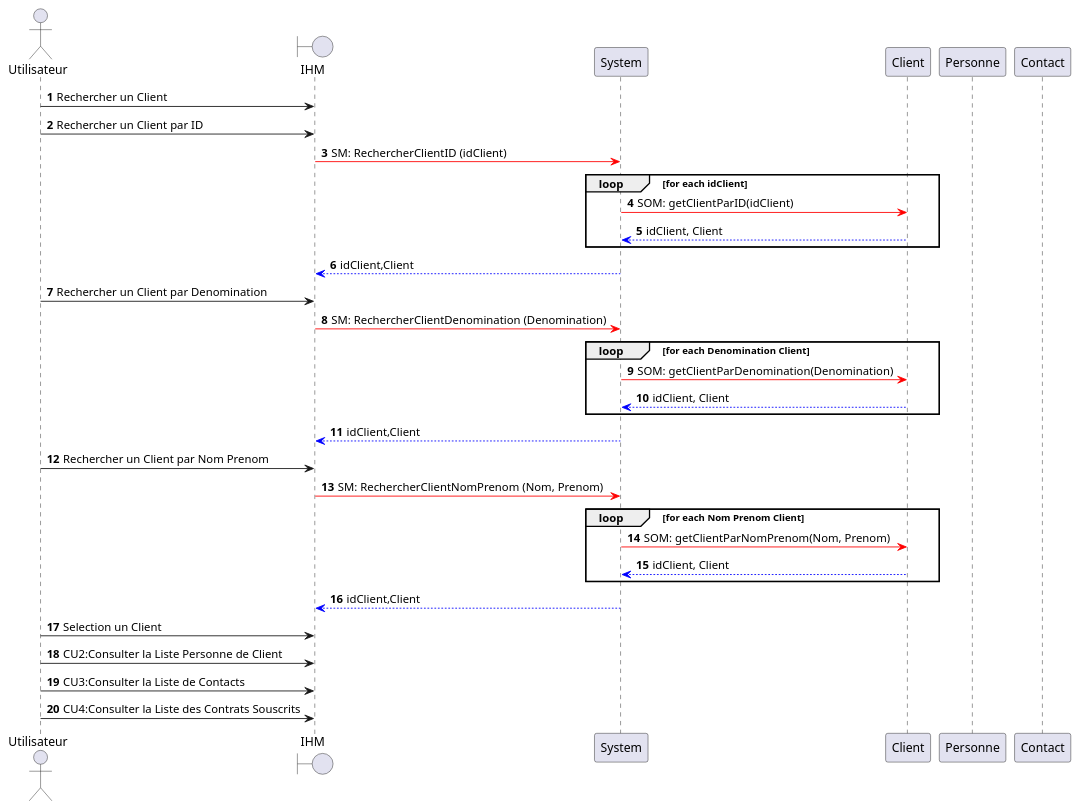
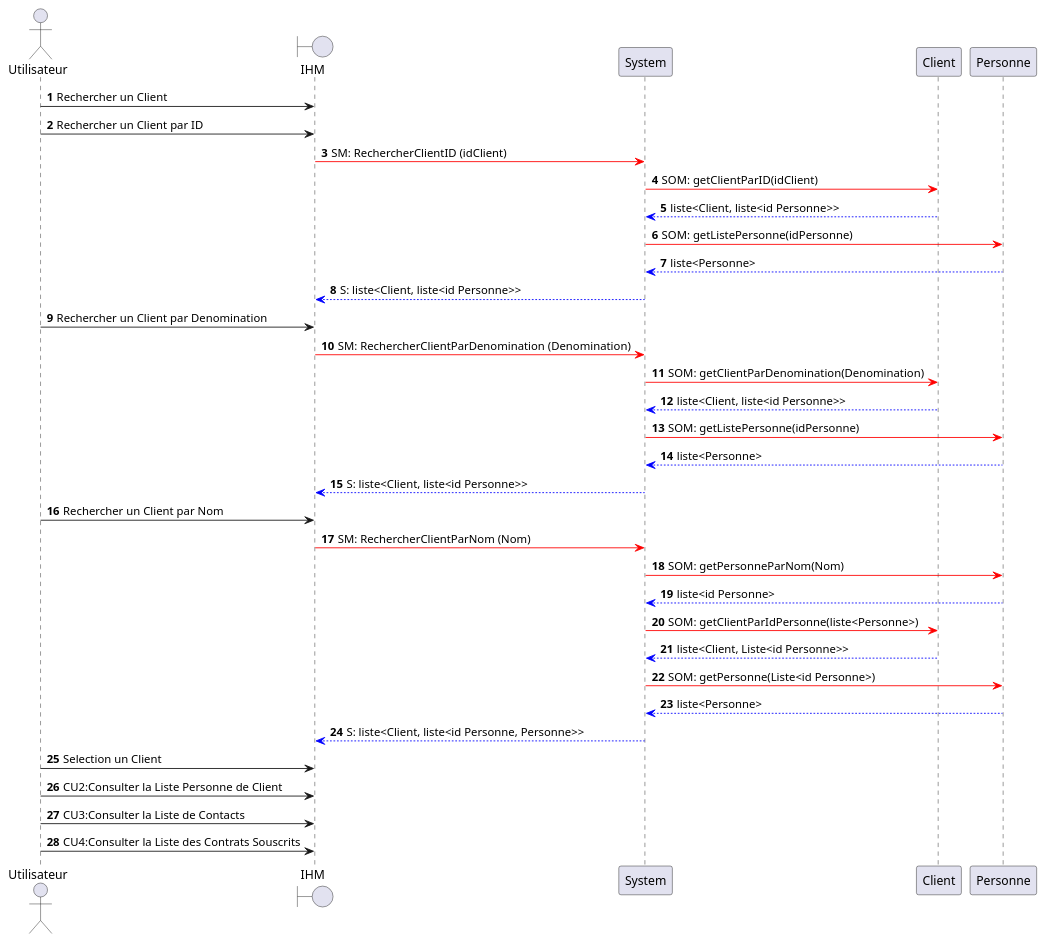
One commit to HZjiadong/PLD-MARS changed the diagram in src/documentation/CU1-DSD.puml. Above: the diagram before and after it, drawn with PlantUML.

Commit message:
update(CU1): DSD plus detaille

```diff
--- a/src/documentation/CU1-DSD.puml
+++ b/src/documentation/CU1-DSD.puml
@@ -1,43 +1,49 @@
 @startuml
 actor Utilisateur as U
 boundary IHM as I
 participant System as S
 participant Client as C
 participant Personne as P
-participant Contact as Con
+
 autonumber
 
 U->I: Rechercher un Client
 
 U->I: Rechercher un Client par ID
     I-[#red]>S: SM: RechercherClientID (idClient)
-        loop for each idClient
         S-[#red]>C: SOM: getClientParID(idClient)
-        C-[#0000FF]->S: idClient, Client
-        end
-    S-[#0000FF]->I: idClient,Client
+        C-[#0000FF]->S: liste<Client, liste<id Personne>>
+
+        S-[#red]>P: SOM: getListePersonne(idPersonne)
+        P-[#0000FF]->S: liste<Personne>
+    S-[#0000FF]->I: S: liste<Client, liste<id Personne>>
 
 U->I: Rechercher un Client par Denomination
-    I-[#red]>S: SM: RechercherClientDenomination (Denomination)
-        loop for each Denomination Client
-        S-[#red]>C: SOM: getClientParDenomination(Denomination)
-        C-[#0000FF]->S: idClient, Client
-        end
-    S-[#0000FF]->I: idClient,Client
+    I-[#red]>S: SM: RechercherClientParDenomination (Denomination)
+         S-[#red]>C: SOM: getClientParDenomination(Denomination)
+         C-[#0000FF]->S: liste<Client, liste<id Personne>>
 
-U->I: Rechercher un Client par Nom Prenom
-    I-[#red]>S: SM: RechercherClientNomPrenom (Nom, Prenom)
-        loop for each Nom Prenom Client
-        S-[#red]>C: SOM: getClientParNomPrenom(Nom, Prenom)
-        C-[#0000FF]->S: idClient, Client
-        end
-    S-[#0000FF]->I: idClient,Client
+         S-[#red]>P: SOM: getListePersonne(idPersonne)
+         P-[#0000FF]->S: liste<Personne>
+    S-[#0000FF]->I: S: liste<Client, liste<id Personne>>
+
+U->I: Rechercher un Client par Nom
+    I-[#red]>S: SM: RechercherClientParNom (Nom)
+         S-[#red]>P: SOM: getPersonneParNom(Nom)
+         P-[#0000FF]->S: liste<id Personne>
+
+         S-[#red]>C: SOM: getClientParIdPersonne(liste<Personne>)
+         C-[#0000FF]->S: liste<Client, Liste<id Personne>>
+
+         S-[#red]>P: SOM: getPersonne(Liste<id Personne>)
+         P-[#0000FF]->S: liste<Personne>
+    S-[#0000FF]->I: S: liste<Client, liste<id Personne, Personne>>
 
 U->I: Selection un Client
 
 U->I: CU2:Consulter la Liste Personne de Client
 U->I: CU3:Consulter la Liste de Contacts
 U->I: CU4:Consulter la Liste des Contrats Souscrits
 
 
 @enduml
```
